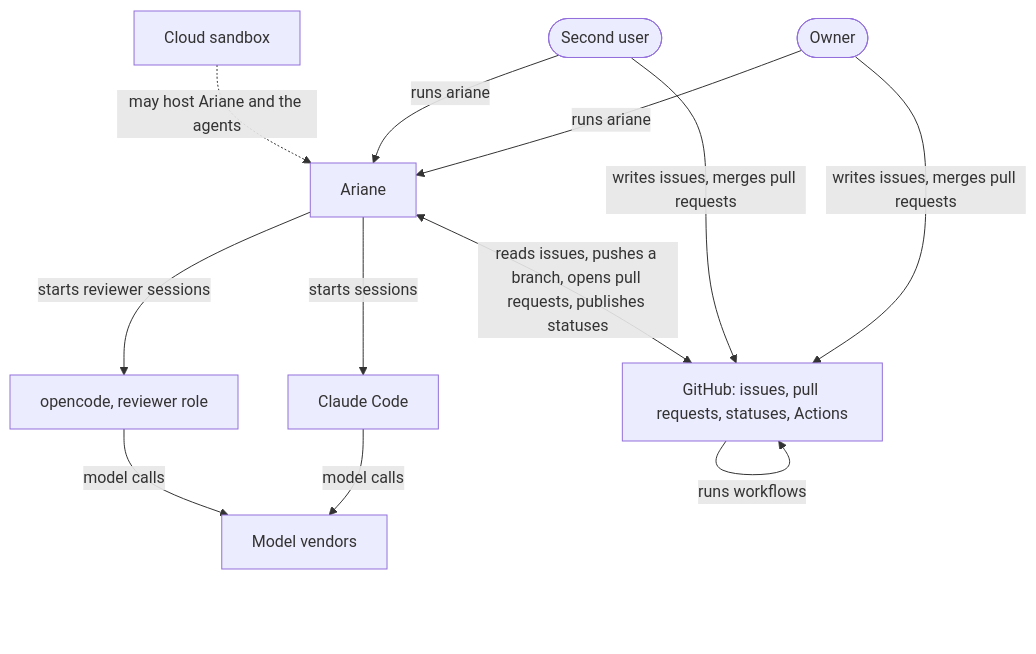
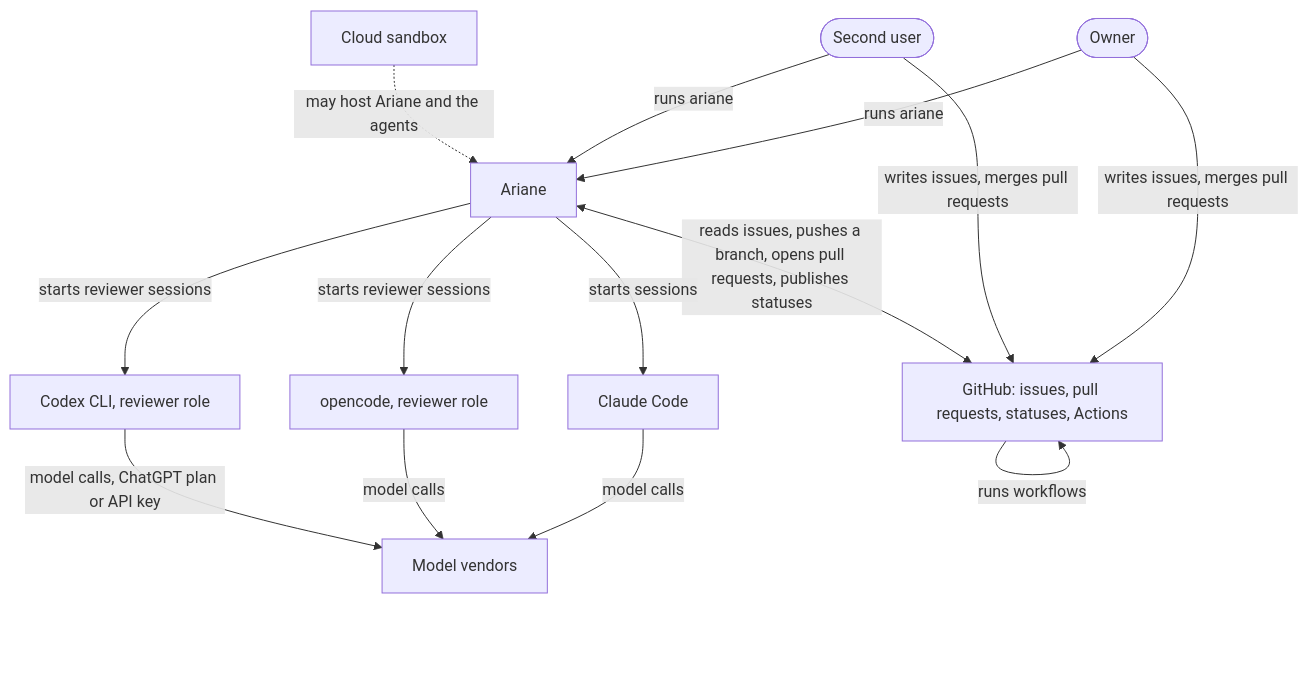
The diagram in docs/architecture/0-landscape.md (plaplanche/ariane), drawn with Mermaid before and after one commit. The commit also changed 30 other files, not shown here.

Commit message:
#157: Codex as a reviewer runtime: read-only codex exec on a ChatGPT plan or an API key, with a quota stop (C5, C10)

````diff
--- a/docs/architecture/0-landscape.md
+++ b/docs/architecture/0-landscape.md
@@ -5,22 +5,25 @@
 ```mermaid
 flowchart TB
   owner([Owner])
   second([Second user])
   ariane[Ariane]
   github[GitHub: issues, pull requests, statuses, Actions]
   claude[Claude Code]
   opencode[opencode, reviewer role]
+  codex[Codex CLI, reviewer role]
   vendors[Model vendors]
   sandbox[Cloud sandbox]
   owner -->|writes issues, merges pull requests| github
   second -->|writes issues, merges pull requests| github
   owner -->|runs ariane| ariane
   second -->|runs ariane| ariane
   ariane <-->|reads issues, pushes a branch, opens pull requests, publishes statuses| github
   ariane -->|starts sessions| claude
   ariane -->|starts reviewer sessions| opencode
+  ariane -->|starts reviewer sessions| codex
   claude -->|model calls| vendors
   opencode -->|model calls| vendors
+  codex -->|model calls, ChatGPT plan or API key| vendors
   github -->|runs workflows| github
   sandbox -.->|may host Ariane and the agents| ariane
 ```
````
